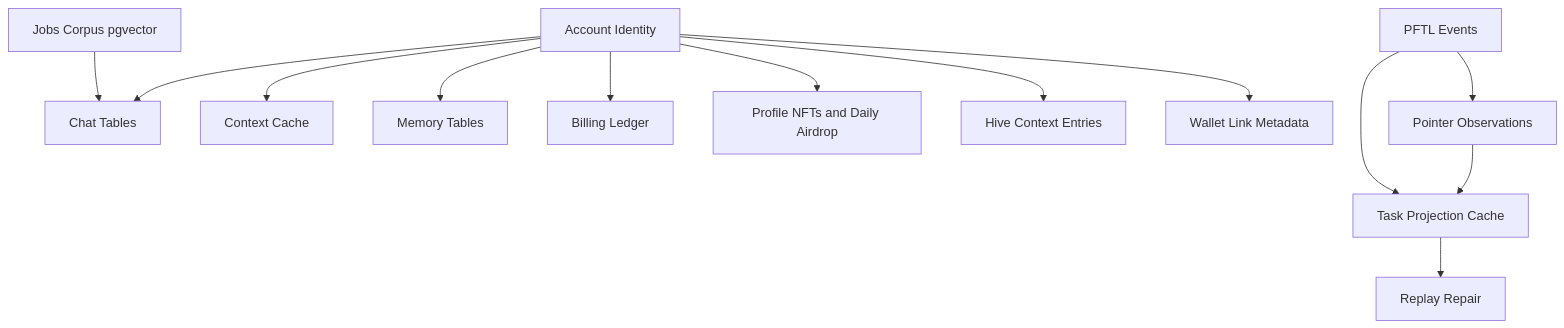
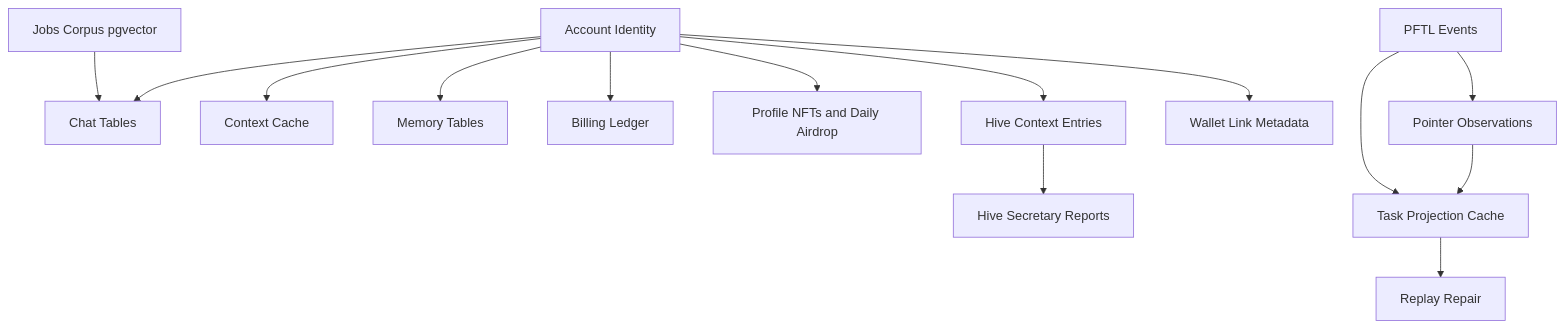
Before and after one commit to postfiatorg/tasknode: the diagram in docs/wiki/architecture/database.md, drawn with Mermaid. The commit also changed other lines of this file and 13 other files, not shown here.

Commit message:
Add Hive Secretary report worker

````diff
--- a/docs/wiki/architecture/database.md
+++ b/docs/wiki/architecture/database.md
@@ -91,15 +94,16 @@
 ```mermaid
 flowchart TB
   Account[Account Identity] --> Chat[Chat Tables]
   Account --> Context[Context Cache]
   Account --> Memory[Memory Tables]
   Account --> Billing[Billing Ledger]
   Account --> Profile[Profile NFTs and Daily Airdrop]
   Account --> HiveContext[Hive Context Entries]
+  HiveContext --> HiveSecretary[Hive Secretary Reports]
   Account --> Wallet[Wallet Link Metadata]
   Jobs[Jobs Corpus pgvector] --> Chat
   PFTL[PFTL Events] --> TaskCache[Task Projection Cache]
   PFTL --> PointerObs[Pointer Observations]
   PointerObs --> TaskCache
   TaskCache --> Replay[Replay Repair]
 ```
````
